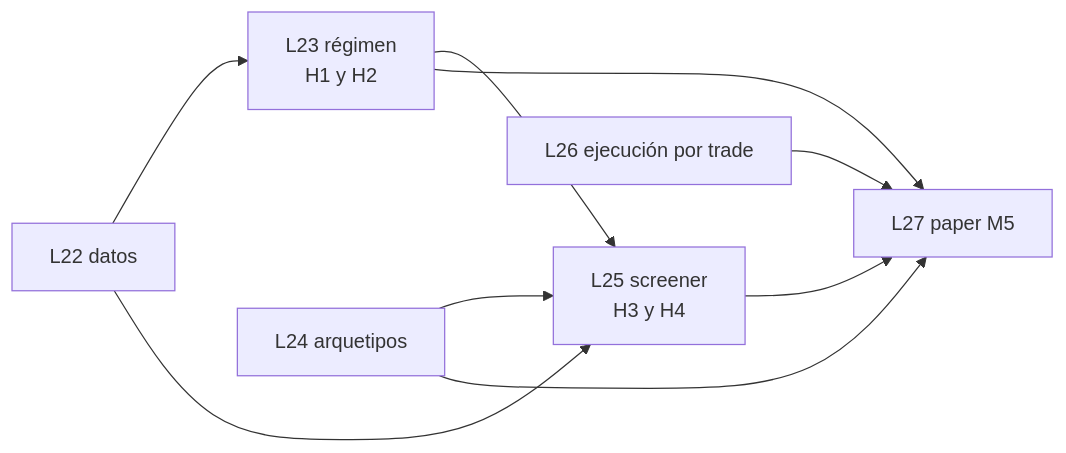
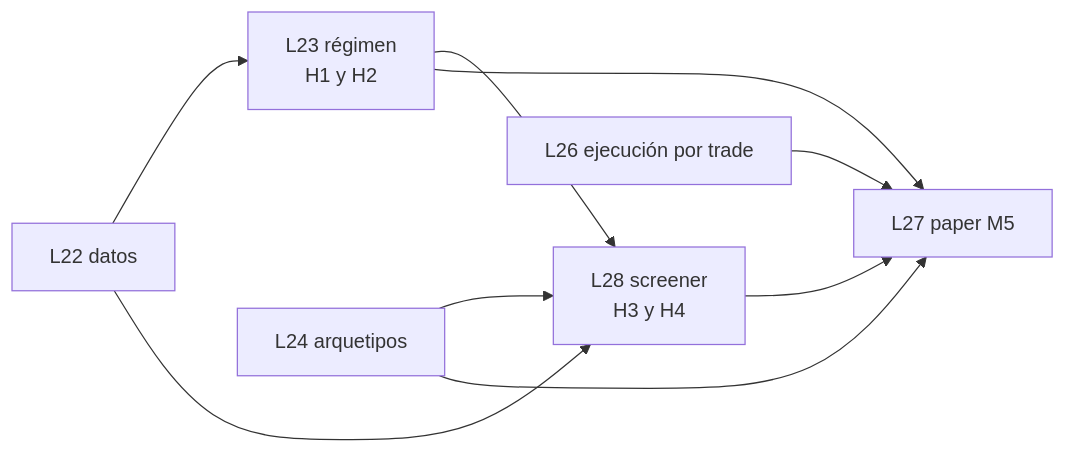
The diagram in docs/02_planning/QuantAgent-M5-PL-motor-top-down.md (fscheu/QuantAgent), drawn with Mermaid before and after one commit. The commit also changed other lines of this file and 1 other file, not shown here.

First line of the commit message:
docs(QuantAgent-fnpr): renumerar screener M5 a L28 y publicar estado de BEADS de L24

````diff
--- a/docs/02_planning/QuantAgent-M5-PL-motor-top-down.md
+++ b/docs/02_planning/QuantAgent-M5-PL-motor-top-down.md
@@ -30,11 +30,11 @@
 ```mermaid
 flowchart LR
   L22[L22 datos] --> L23[L23 régimen<br/>H1 y H2]
-  L22 --> L25[L25 screener<br/>H3 y H4]
-  L23 --> L25
-  L24[L24 arquetipos] --> L25
+  L22 --> L28[L28 screener<br/>H3 y H4]
+  L23 --> L28
+  L24[L24 arquetipos] --> L28
   L26[L26 ejecución por trade] --> L27[L27 paper M5]
   L23 --> L27
   L24 --> L27
-  L25 --> L27
+  L28 --> L27
 ```
````
